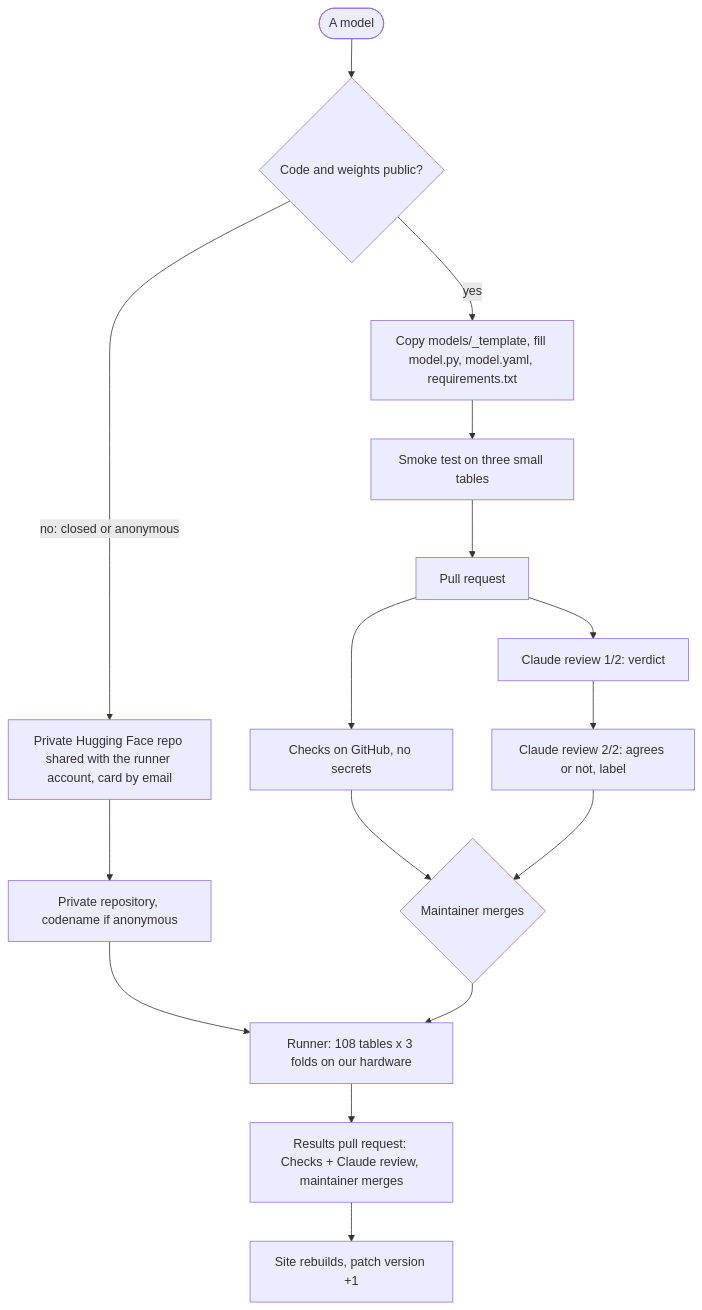
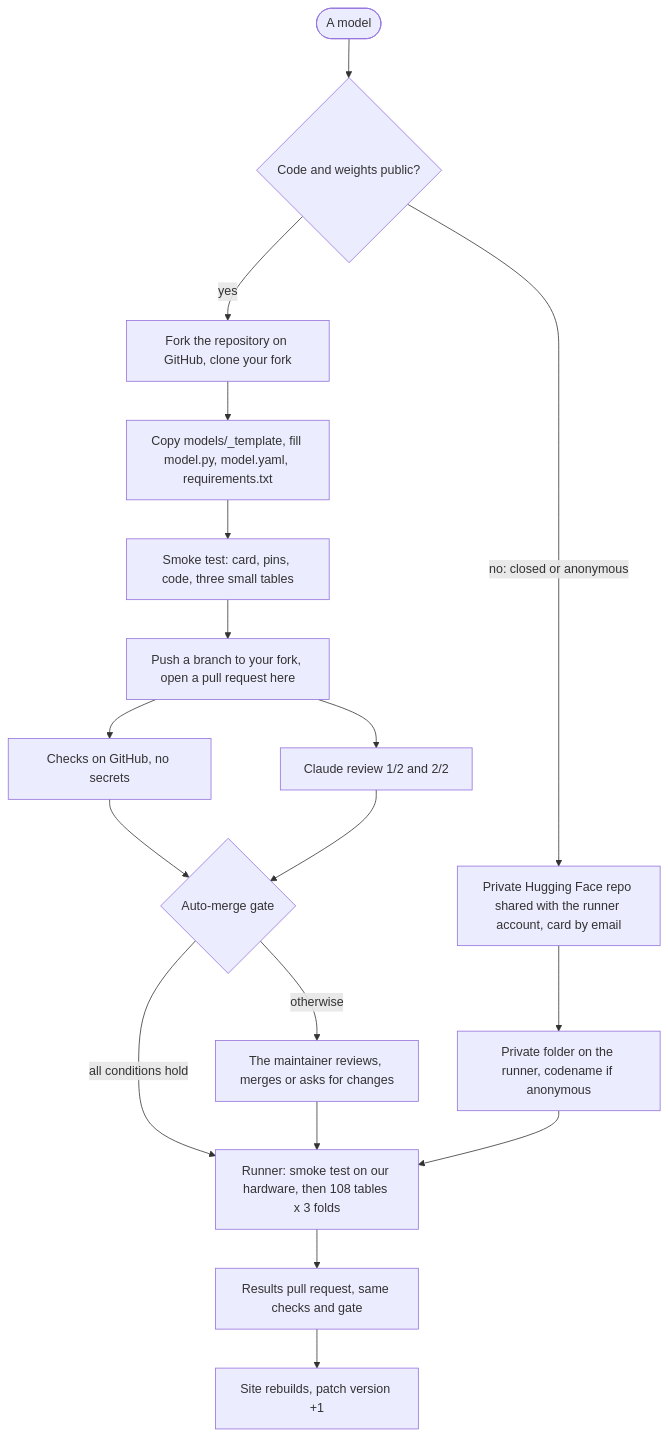
Before and after one commit to gblayer/strable-leaderboard: the diagram in docs/submitting.md, drawn with Mermaid. The commit also changed other lines of this file and 2 other files, not shown here.

First line of the commit message:
docs: the automated flow, failure-only notifications, sandboxing; fork flow and shared env

````diff
--- a/docs/submitting.md
+++ b/docs/submitting.md
@@ -15,18 +17,20 @@
 ```mermaid
 flowchart TD
   A([A model]) --> B{Code and weights public?}
-  B -- yes --> C[Copy models/_template, fill model.py, model.yaml, requirements.txt]
-  C --> D[Smoke test on three small tables]
-  D --> E[Pull request]
+  B -- yes --> K[Fork the repository on GitHub, clone your fork]
+  K --> C[Copy models/_template, fill model.py, model.yaml, requirements.txt]
+  C --> D[Smoke test: card, pins, code, three small tables]
+  D --> E[Push a branch to your fork, open a pull request here]
   E --> F[Checks on GitHub, no secrets]
-  E --> G[Claude review 1/2: verdict]
-  G --> H[Claude review 2/2: agrees or not, label]
-  F --> I{Maintainer merges}
-  H --> I
+  E --> G[Claude review 1/2 and 2/2]
+  F --> I{Auto-merge gate}
+  G --> I
+  I -- all conditions hold --> R
+  I -- otherwise --> J[The maintainer reviews, merges or asks for changes]
+  J --> R
   B -- "no: closed or anonymous" --> P[Private Hugging Face repo shared with the runner account, card by email]
-  P --> Q[Private repository, codename if anonymous]
+  P --> Q[Private folder on the runner, codename if anonymous]
   Q --> R
-  I --> R[Runner: 108 tables x 3 folds on our hardware]
-  R --> S[Results pull request: Checks + Claude review, maintainer merges]
+  R[Runner: smoke test on our hardware, then 108 tables x 3 folds] --> S[Results pull request, same checks and gate]
   S --> T[Site rebuilds, patch version +1]
 ```
````
